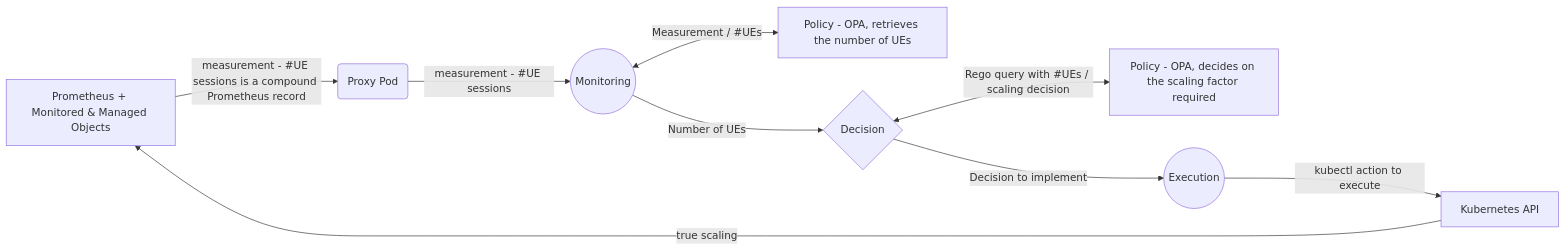
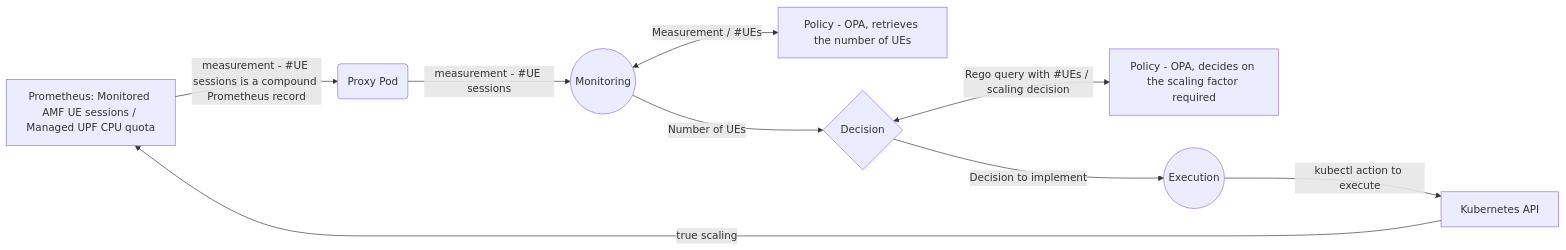
Before and after one commit to dbursztynowski/cl_demo: the diagram in README2.md, drawn with Mermaid.

````diff
--- a/README2.md
+++ b/README2.md
@@ -27,11 +27,11 @@
 ```mermaid
 flowchart LR
-M[Prometheus + Monitored & Managed Objects] -->|measurement - #UE sessions is a compound Prometheus record| X(Proxy Pod)
+M[Prometheus: Monitored AMF UE sessions / Managed UPF CPU quota] -->|measurement - #UE sessions is a compound Prometheus record| X(Proxy Pod)
 X -->|measurement - #UE sessions| A((Monitoring))
 A <-->|Measurement / #UEs| P[Policy - OPA, retrieves the number of UEs]
 A -->|Number of UEs| B{Decision}
 B <-->|Rego query with #UEs / scaling decision| C[Policy - OPA, decides on the scaling factor required]
 B -->|Decision to implement| D((Execution))
 D -->|kubectl action to execute| K[Kubernetes API]
 K -->|true scaling| M
 ```
````
